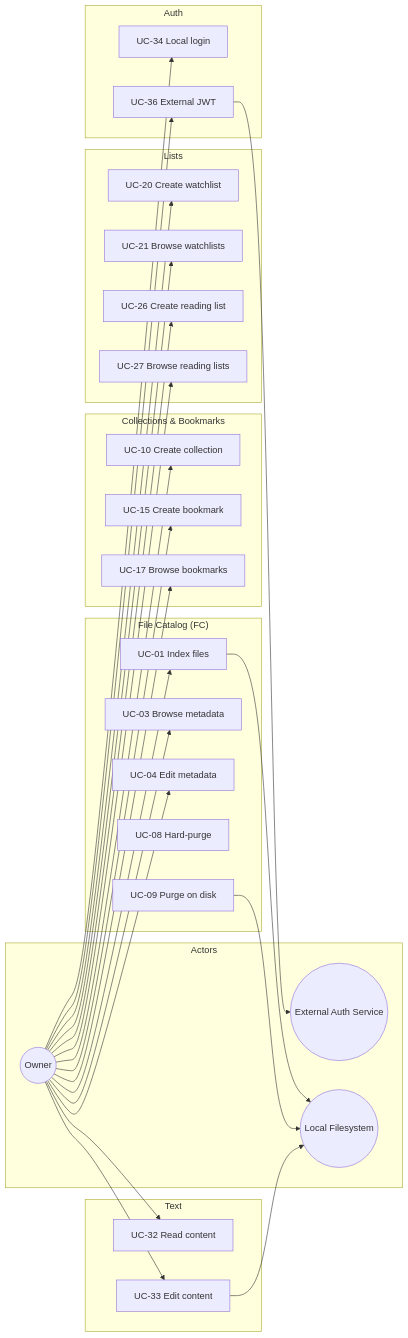
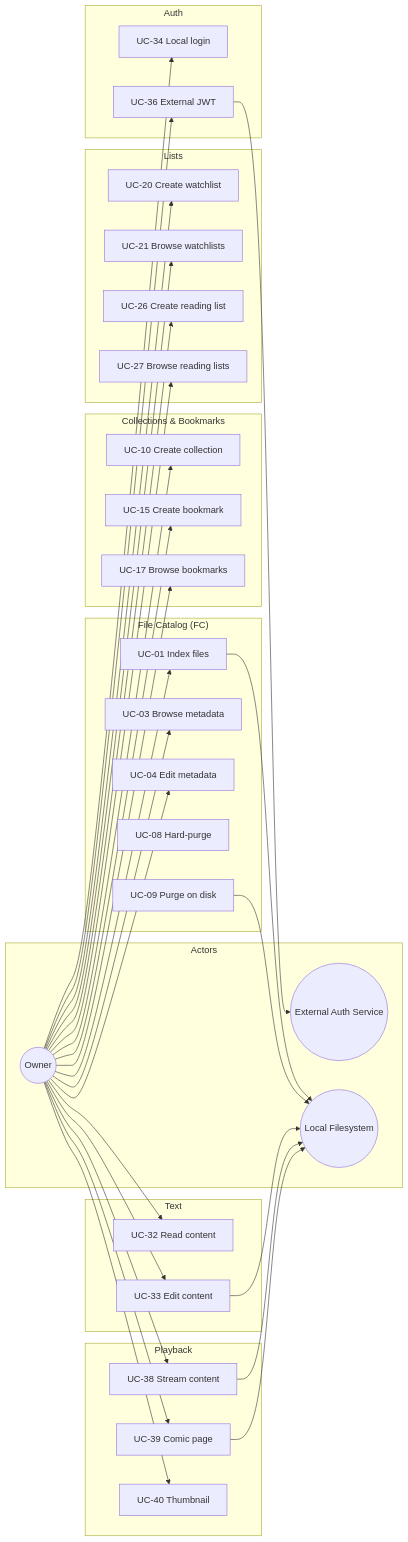
The first of 4 diagrams in docs/requirements/Use Case Specification Document.md (artur-rios/alexandria-api), drawn with Mermaid before and after one commit. The commit also changed other lines of this file and 38 other files, not shown here.

````diff
--- a/docs/requirements/Use Case Specification Document.md
+++ b/docs/requirements/Use Case Specification Document.md
@@ -25,58 +25,69 @@
 ```mermaid
 graph LR
     subgraph Actors
         O(("Owner"))
         AUTH(("External Auth Service"))
         FS(("Local Filesystem"))
     end
 
     subgraph "File Catalog (FC)"
         UC01[UC-01 Index files]
         UC03[UC-03 Browse metadata]
         UC04[UC-04 Edit metadata]
         UC08[UC-08 Hard-purge]
         UC09[UC-09 Purge on disk]
     end
 
     subgraph "Collections & Bookmarks"
         UC10[UC-10 Create collection]
         UC15[UC-15 Create bookmark]
         UC17[UC-17 Browse bookmarks]
     end
 
     subgraph "Lists"
         UC20[UC-20 Create watchlist]
         UC21[UC-21 Browse watchlists]
         UC26[UC-26 Create reading list]
         UC27[UC-27 Browse reading lists]
     end
 
     subgraph "Text"
         UC32[UC-32 Read content]
         UC33[UC-33 Edit content]
     end
 
     subgraph "Auth"
         UC34[UC-34 Local login]
         UC36[UC-36 External JWT]
     end
 
+    subgraph "Playback"
+        UC38[UC-38 Stream content]
+        UC39[UC-39 Comic page]
+        UC40[UC-40 Thumbnail]
+    end
+
     O --> UC01
     O --> UC03
     O --> UC04
     O --> UC10
     O --> UC15
     O --> UC17
     O --> UC20
     O --> UC21
     O --> UC26
     O --> UC27
     O --> UC32
     O --> UC33
     UC01 --> FS
     UC09 --> FS
     UC33 --> FS
     O --> UC34
     O --> UC36
     UC36 --> AUTH
+    O --> UC38
+    O --> UC39
+    O --> UC40
+    UC38 --> FS
+    UC39 --> FS
 ```
````
